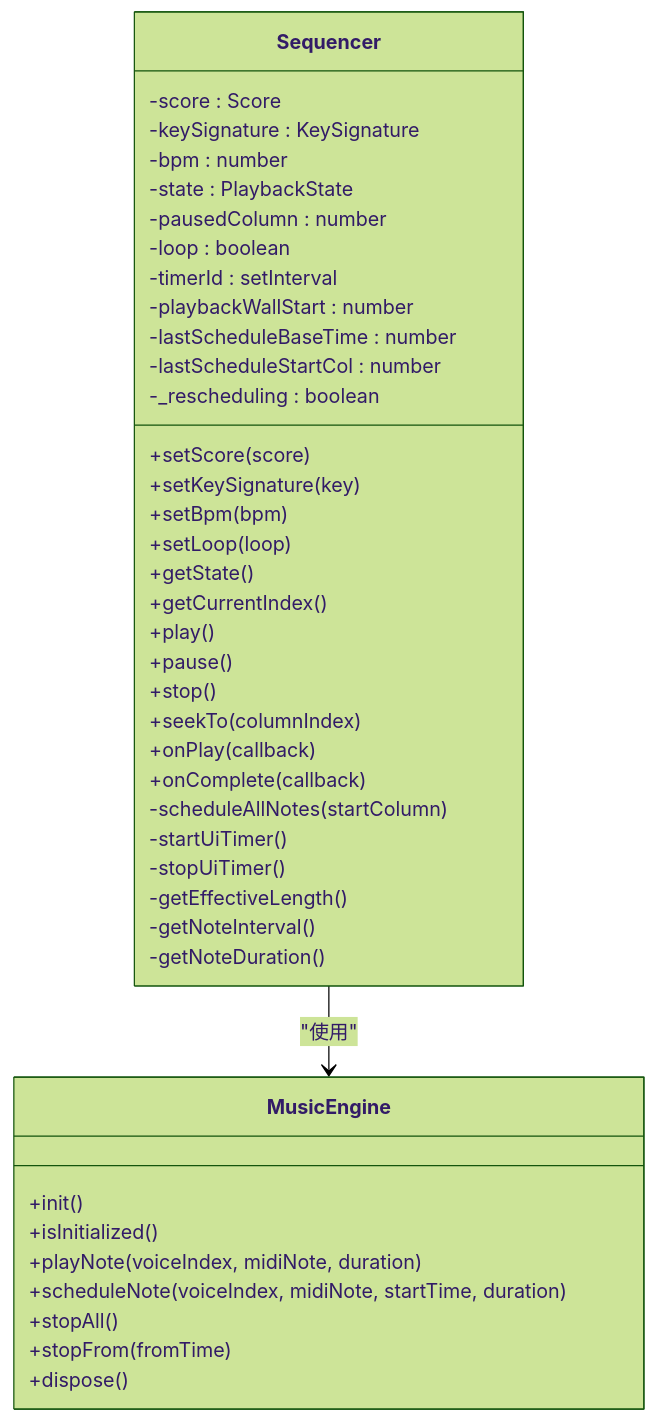
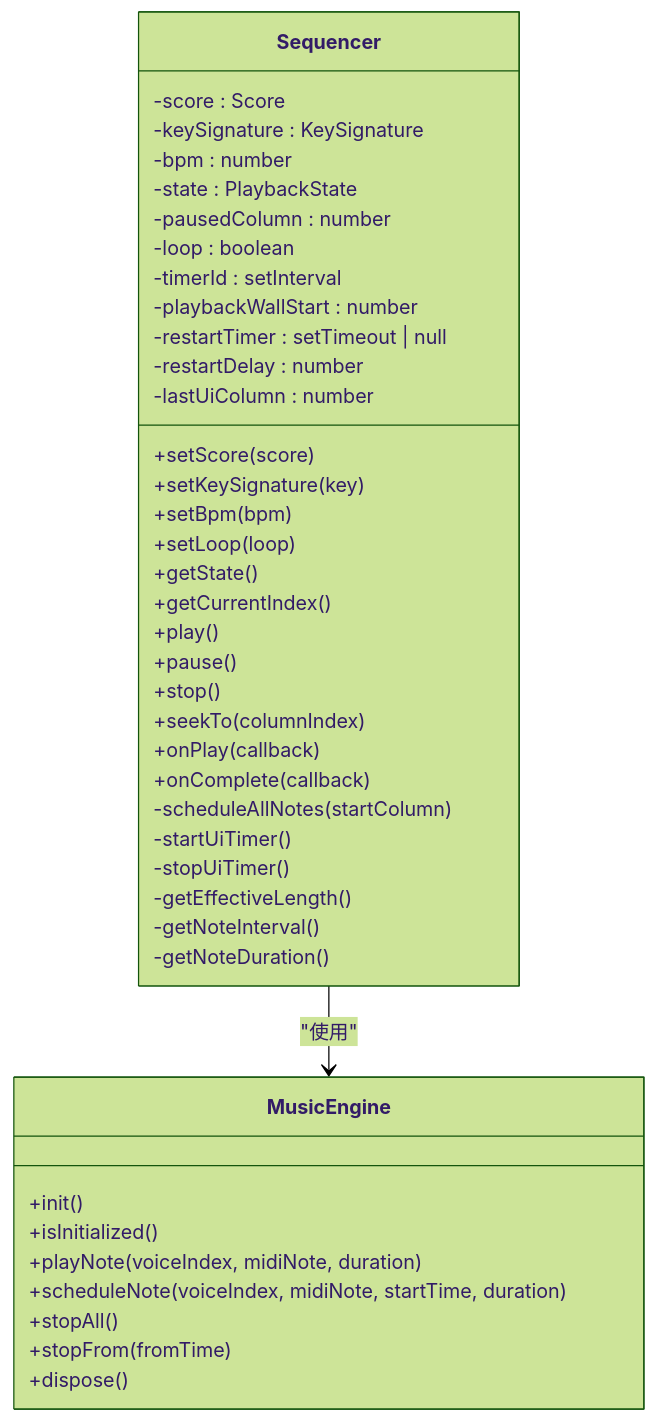
One commit to wingmeng/SUBOR-Music-Board changed the fourth of 6 diagrams in wiki/核心架构设计/模块化设计/组合式函数模块/播放控制组合式函数.md. Above: the diagram before and after it, drawn with Mermaid (forest theme). The commit also changed other lines of this file and 45 other files, not shown here.

````diff
--- a/wiki/核心架构设计/模块化设计/组合式函数模块/播放控制组合式函数.md
+++ b/wiki/核心架构设计/模块化设计/组合式函数模块/播放控制组合式函数.md
@@ -191,44 +190,44 @@
 ```mermaid
 classDiagram
 class Sequencer {
 -score : Score
 -keySignature : KeySignature
 -bpm : number
 -state : PlaybackState
 -pausedColumn : number
 -loop : boolean
 -timerId : setInterval
 -playbackWallStart : number
--lastScheduleBaseTime : number
--lastScheduleStartCol : number
--_rescheduling : boolean
+-restartTimer : setTimeout | null
+-restartDelay : number
+-lastUiColumn : number
 +setScore(score)
 +setKeySignature(key)
 +setBpm(bpm)
 +setLoop(loop)
 +getState()
 +getCurrentIndex()
 +play()
 +pause()
 +stop()
 +seekTo(columnIndex)
 +onPlay(callback)
 +onComplete(callback)
 -scheduleAllNotes(startColumn)
 -startUiTimer()
 -stopUiTimer()
 -getEffectiveLength()
 -getNoteInterval()
 -getNoteDuration()
 }
 class MusicEngine {
 +init()
 +isInitialized()
 +playNote(voiceIndex, midiNote, duration)
 +scheduleNote(voiceIndex, midiNote, startTime, duration)
 +stopAll()
 +stopFrom(fromTime)
 +dispose()
 }
 Sequencer --> MusicEngine : "使用"
 ```
````
